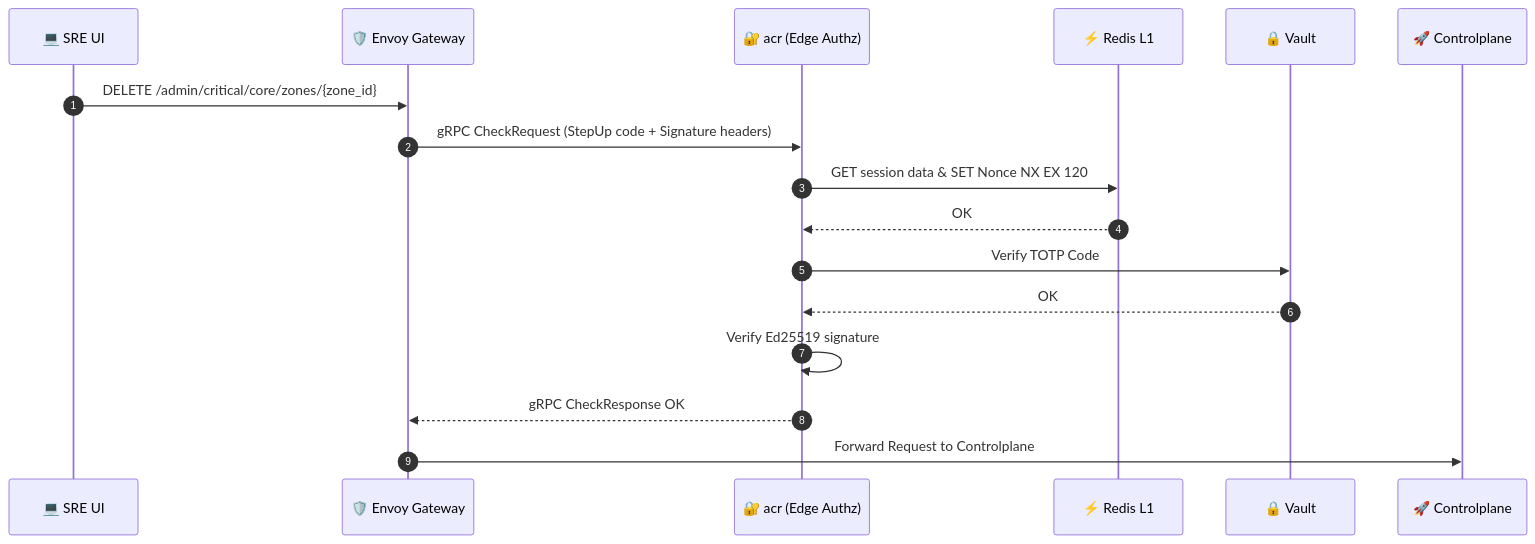
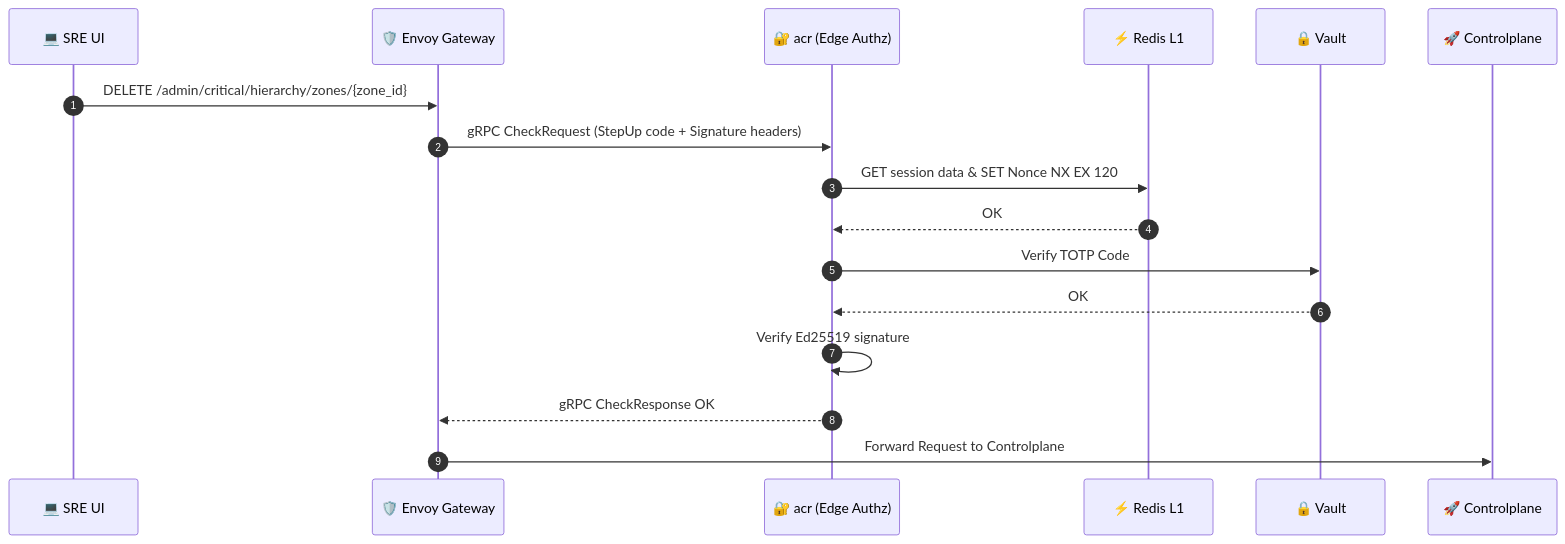
One commit to phucle996/aurora changed diagram 13 of 22 in god_view/hierarchy/zone_lifecycle_god_view.md. Above: the diagram before and after it, drawn with Mermaid. The commit also changed other lines of this file and 76 other files, not shown here.

````diff
--- a/god_view/hierarchy/zone_lifecycle_god_view.md
+++ b/god_view/hierarchy/zone_lifecycle_god_view.md
@@ -650,22 +742,22 @@
 ```mermaid
 sequenceDiagram
     autonumber
     participant UI as 💻 SRE UI
     participant Envoy as 🛡️ Envoy Gateway
     participant ACR as 🔐 acr (Edge Authz)
     participant Redis as ⚡ Redis L1
     participant Vault as 🔒 Vault
     participant CP as 🚀 Controlplane
 
-    UI->>Envoy: DELETE /admin/critical/core/zones/{zone_id}
+    UI->>Envoy: DELETE /admin/critical/hierarchy/zones/{zone_id}
     Envoy->>ACR: gRPC CheckRequest (StepUp code + Signature headers)
     
     ACR->>Redis: GET session data & SET Nonce NX EX 120
     Redis-->>ACR: OK
     ACR->>Vault: Verify TOTP Code
     Vault-->>ACR: OK
     ACR->>ACR: Verify Ed25519 signature
     
     ACR-->>Envoy: gRPC CheckResponse OK
     Envoy->>CP: Forward Request to Controlplane
 ```
````
